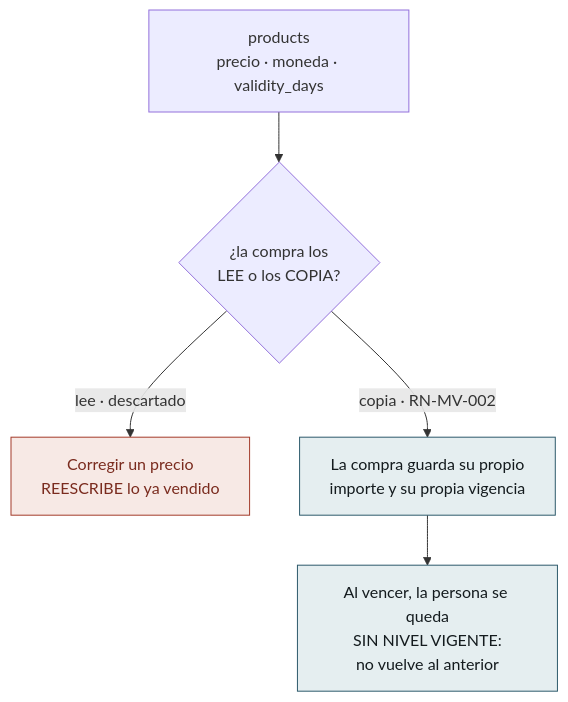
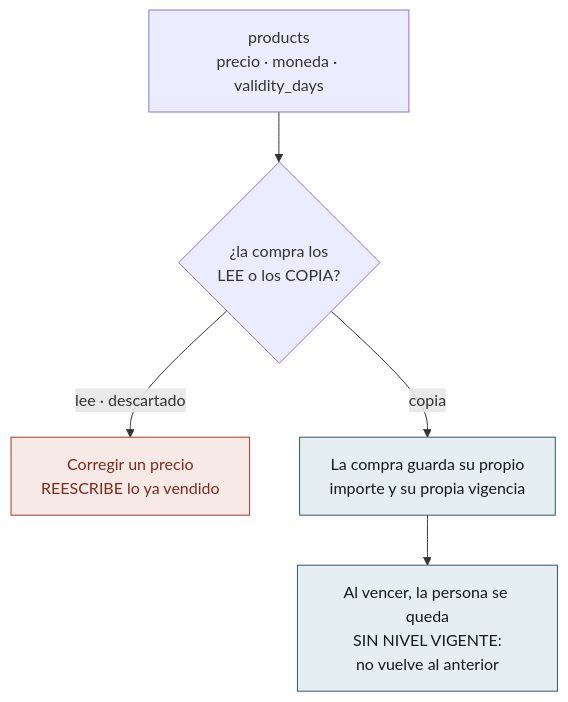
One commit to NexusPro-Dev/backend changed the third of 4 diagrams in docs/flujos/pm/flujos-del-modulo.md. Above: the diagram before and after it, drawn with Mermaid. The commit also changed other lines of this file and 12 other files, not shown here.

````diff
--- a/docs/flujos/pm/flujos-del-modulo.md
+++ b/docs/flujos/pm/flujos-del-modulo.md
@@ -86,13 +86,13 @@
 ```mermaid
 flowchart TD
     P["products<br/>precio · moneda · validity_days"] --> C{"¿la compra los<br/>LEE o los COPIA?"}
     C -->|"lee · descartado"| M["Corregir un precio<br/>REESCRIBE lo ya vendido"]
-    C -->|"copia · RN-MV-002"| B["La compra guarda su propio<br/>importe y su propia vigencia"]
+    C -->|"copia"| B["La compra guarda su propio<br/>importe y su propia vigencia"]
 
     B --> V["Al vencer, la persona se queda<br/>SIN NIVEL VIGENTE:<br/>no vuelve al anterior"]
 
     classDef mal fill:#F7E9E5,stroke:#A33B2A,color:#7A2B1E
     classDef ok fill:#E5EEF0,stroke:#2D5A6B,color:#141B1E
     class M mal
     class B,V ok
 ```
````
